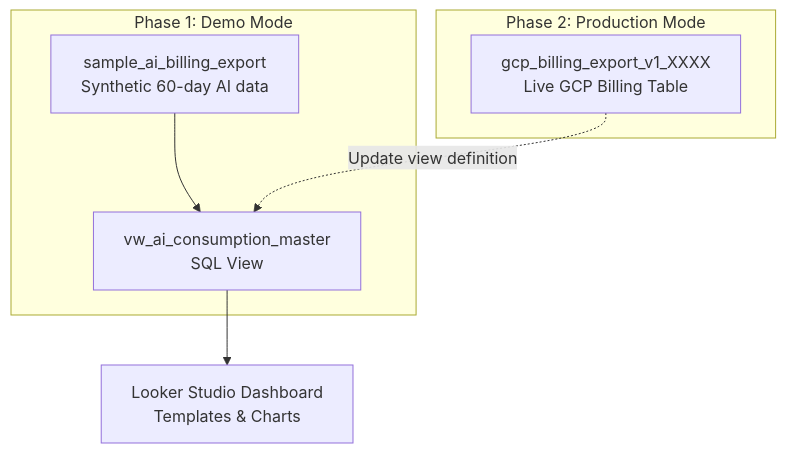
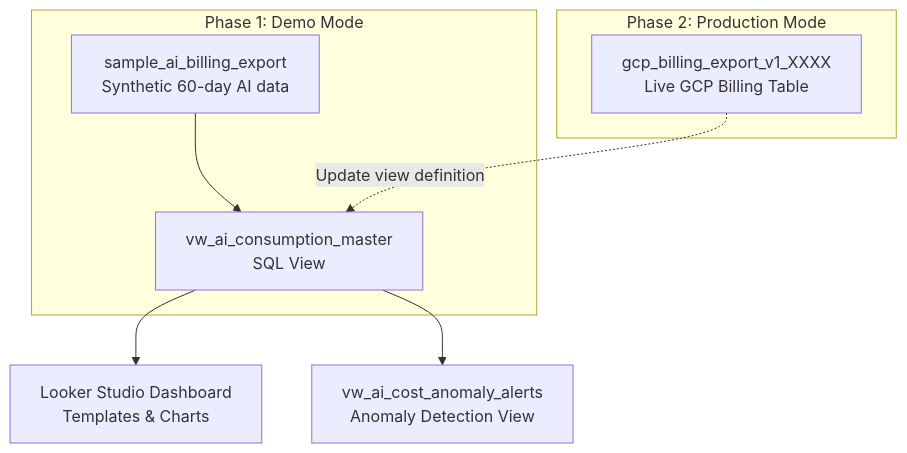
One commit to uriarriaga/gcp-consumption-dashbord changed the diagram in demo_and_production_guide.md. Above: the diagram before and after it, drawn with Mermaid. The commit also changed other lines of this file and 1 other file, not shown here.

Commit message:
docs: streamline README to objective, architecture, and FAQ; consolidate all implementation steps into demo_and_production_guide.md

````diff
--- a/demo_and_production_guide.md
+++ b/demo_and_production_guide.md
@@ -13,12 +26,13 @@
 ```mermaid
 flowchart TD
     subgraph DemoMode["Phase 1: Demo Mode"]
         A["sample_ai_billing_export<br/>Synthetic 60-day AI data"] --> V["vw_ai_consumption_master<br/>SQL View"]
     end
 
     subgraph ProdMode["Phase 2: Production Mode"]
         B["gcp_billing_export_v1_XXXX<br/>Live GCP Billing Table"] -.->|"Update view definition"| V
     end
 
     V --> L["Looker Studio Dashboard<br/>Templates & Charts"]
+    V --> C["vw_ai_cost_anomaly_alerts<br/>Anomaly Detection View"]
 ```
````
